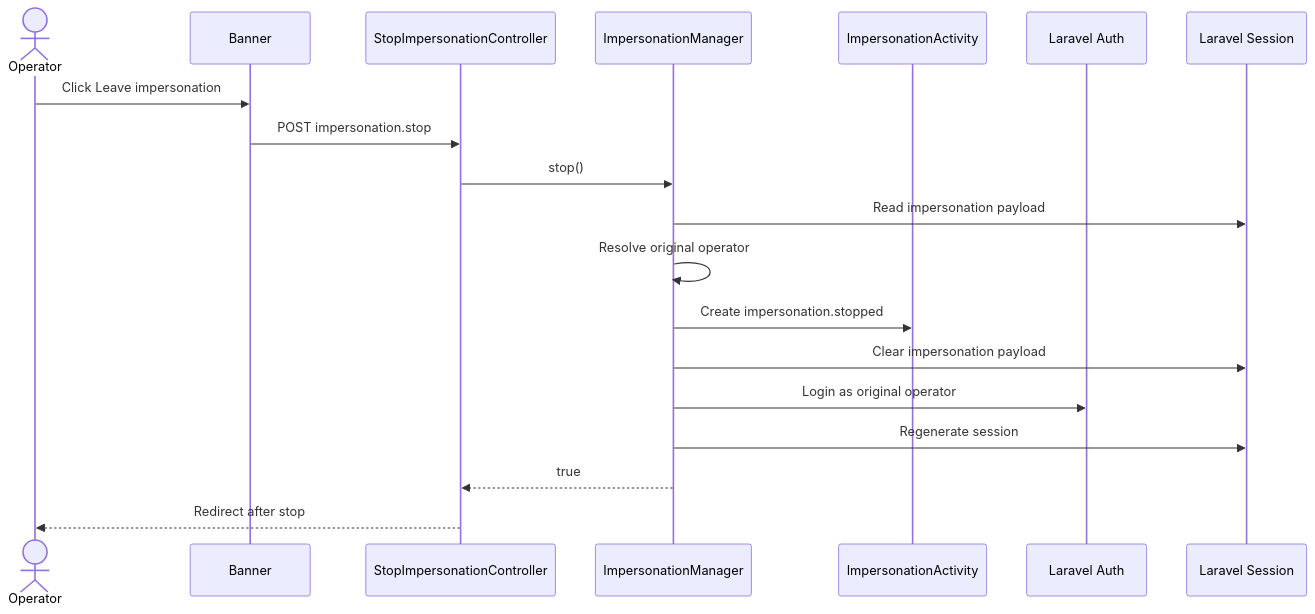
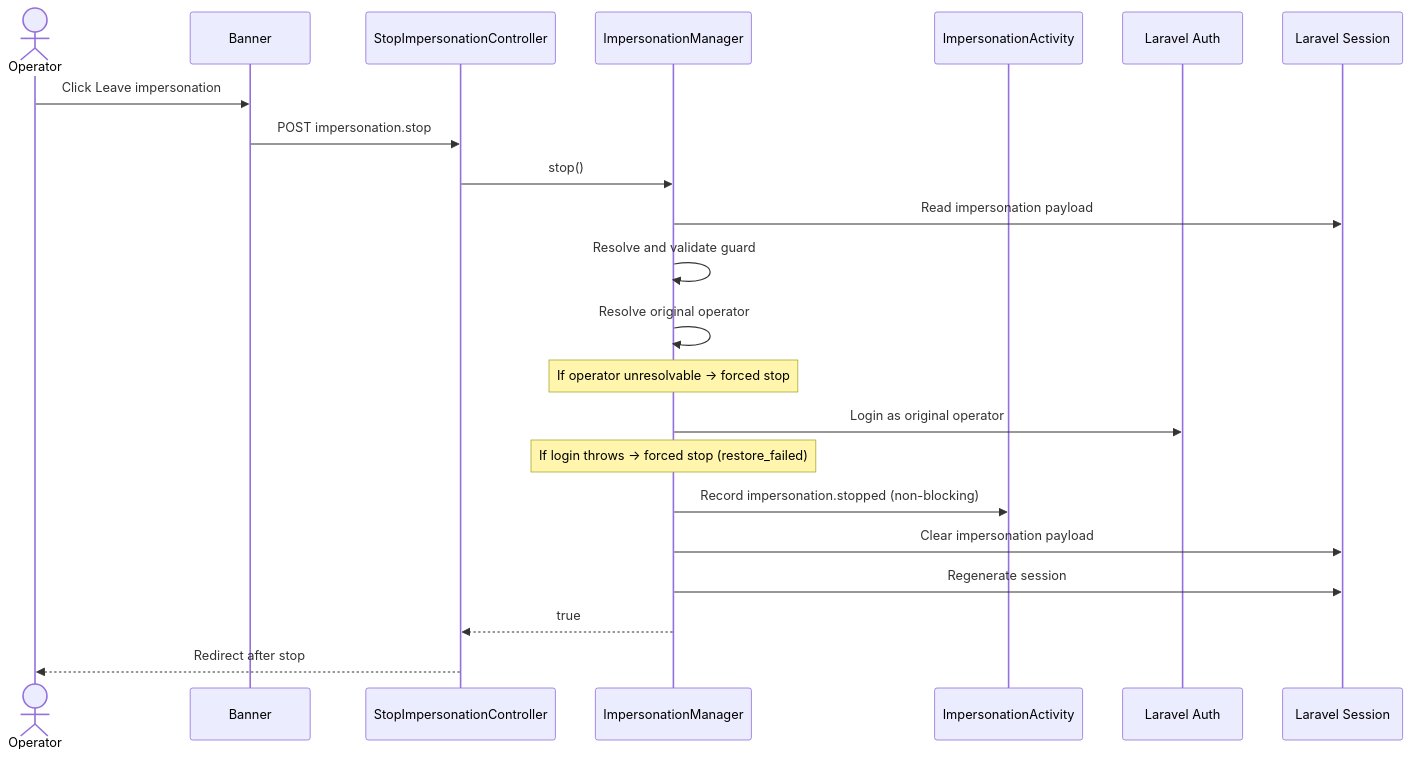
The third of 6 diagrams in docs/ARCHITECTURE_MAP.md (it-chuimi/filament-impersonation), drawn with Mermaid before and after one commit. The commit also changed other lines of this file and 1 other file, not shown here.

Commit message:
docs: update architecture for v0.1.0

````diff
--- a/docs/ARCHITECTURE_MAP.md
+++ b/docs/ARCHITECTURE_MAP.md
@@ -380,24 +386,29 @@
 ```mermaid
 sequenceDiagram
     actor Operator
     participant Banner
     participant Controller as StopImpersonationController
     participant Manager as ImpersonationManager
     participant Activity as ImpersonationActivity
     participant Auth as Laravel Auth
     participant Session as Laravel Session
 
     Operator->>Banner: Click Leave impersonation
     Banner->>Controller: POST impersonation.stop
     Controller->>Manager: stop()
 
     Manager->>Session: Read impersonation payload
+    Manager->>Manager: Resolve and validate guard
     Manager->>Manager: Resolve original operator
-    Manager->>Activity: Create impersonation.stopped
+    Note over Manager: If operator unresolvable → forced stop
+
+    Manager->>Auth: Login as original operator
+    Note over Manager: If login throws → forced stop (restore_failed)
+
+    Manager->>Activity: Record impersonation.stopped (non-blocking)
     Manager->>Session: Clear impersonation payload
-    Manager->>Auth: Login as original operator
     Manager->>Session: Regenerate session
 
     Manager-->>Controller: true
     Controller-->>Operator: Redirect after stop
 ```
````
